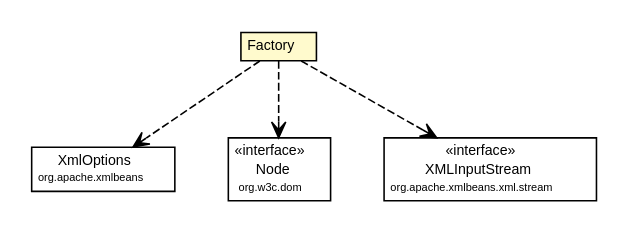
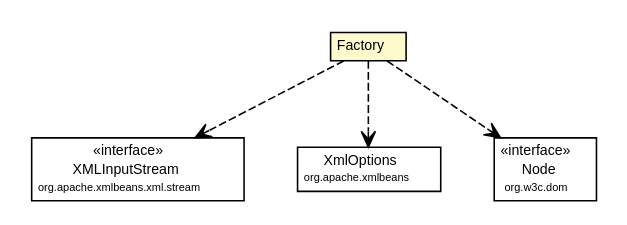
The diagram in site/apidocs/org/synchronoss/cpo/util/cpoUtilConfig/CtProtectedClasses.Factory.dot (synchronoss/cpo-util), drawn with Graphviz before and after one commit. The commit also changed 233 other files, not shown here.

Commit message:
Creating site for cpoUtil, 5.2.1-SNAPSHOT

```diff
--- a/site/apidocs/org/synchronoss/cpo/util/cpoUtilConfig/CtProtectedClasses.Factory.dot
+++ b/site/apidocs/org/synchronoss/cpo/util/cpoUtilConfig/CtProtectedClasses.Factory.dot
@@ -1,47 +1,47 @@
 #!/usr/local/bin/dot
 #
 # Class diagram 
 # Generated by UMLGraph version 5.1 (http://www.umlgraph.org/)
 #
 
 digraph G {
 	edge [fontname="Helvetica",fontsize=10,labelfontname="Helvetica",labelfontsize=10];
 	node [fontname="Helvetica",fontsize=10,shape=plaintext];
 	nodesep=0.25;
 	ranksep=0.5;
 	// org.synchronoss.cpo.util.cpoUtilConfig.CtProtectedClasses.Factory
 	c4848 [label=<<table title="org.synchronoss.cpo.util.cpoUtilConfig.CtProtectedClasses.Factory" border="0" cellborder="1" cellspacing="0" cellpadding="2" port="p" bgcolor="lemonChiffon" href="./CtProtectedClasses.Factory.html">
 		<tr><td><table border="0" cellspacing="0" cellpadding="1">
 <tr><td align="center" balign="center"> Factory </td></tr>
 		</table></td></tr>
 		</table>>, fontname="Helvetica", fontcolor="black", fontsize=9.0];
+	// org.synchronoss.cpo.util.cpoUtilConfig.CtProtectedClasses.Factory DEPEND org.apache.xmlbeans.xml.stream.XMLInputStream
+	c4848:p -> c4863:p [taillabel="", label="", headlabel="", fontname="Helvetica", fontcolor="black", fontsize=10.0, color="black", arrowhead=open, style=dashed];
 	// org.synchronoss.cpo.util.cpoUtilConfig.CtProtectedClasses.Factory DEPEND org.apache.xmlbeans.XmlOptions
-	c4848:p -> c4863:p [taillabel="", label="", headlabel="", fontname="Helvetica", fontcolor="black", fontsize=10.0, color="black", arrowhead=open, style=dashed];
+	c4848:p -> c4864:p [taillabel="", label="", headlabel="", fontname="Helvetica", fontcolor="black", fontsize=10.0, color="black", arrowhead=open, style=dashed];
 	// org.synchronoss.cpo.util.cpoUtilConfig.CtProtectedClasses.Factory DEPEND org.w3c.dom.Node
-	c4848:p -> c4864:p [taillabel="", label="", headlabel="", fontname="Helvetica", fontcolor="black", fontsize=10.0, color="black", arrowhead=open, style=dashed];
-	// org.synchronoss.cpo.util.cpoUtilConfig.CtProtectedClasses.Factory DEPEND org.apache.xmlbeans.xml.stream.XMLInputStream
 	c4848:p -> c4865:p [taillabel="", label="", headlabel="", fontname="Helvetica", fontcolor="black", fontsize=10.0, color="black", arrowhead=open, style=dashed];
 	// org.apache.xmlbeans.xml.stream.XMLInputStream
-	c4865 [label=<<table title="org.apache.xmlbeans.xml.stream.XMLInputStream" border="0" cellborder="1" cellspacing="0" cellpadding="2" port="p" href="http://java.sun.com/j2se/1.4.2/docs/api/org/apache/xmlbeans/xml/stream/XMLInputStream.html">
+	c4863 [label=<<table title="org.apache.xmlbeans.xml.stream.XMLInputStream" border="0" cellborder="1" cellspacing="0" cellpadding="2" port="p" href="http://java.sun.com/j2se/1.4.2/docs/api/org/apache/xmlbeans/xml/stream/XMLInputStream.html">
 		<tr><td><table border="0" cellspacing="0" cellpadding="1">
 <tr><td align="center" balign="center"> &#171;interface&#187; </td></tr>
 <tr><td align="center" balign="center"> XMLInputStream </td></tr>
 <tr><td align="center" balign="center"><font point-size="7.0"> org.apache.xmlbeans.xml.stream </font></td></tr>
 		</table></td></tr>
 		</table>>, fontname="Helvetica", fontcolor="black", fontsize=9.0];
 	// org.w3c.dom.Node
-	c4864 [label=<<table title="org.w3c.dom.Node" border="0" cellborder="1" cellspacing="0" cellpadding="2" port="p" href="http://java.sun.com/j2se/1.4.2/docs/api/org/w3c/dom/Node.html">
+	c4865 [label=<<table title="org.w3c.dom.Node" border="0" cellborder="1" cellspacing="0" cellpadding="2" port="p" href="http://java.sun.com/j2se/1.4.2/docs/api/org/w3c/dom/Node.html">
 		<tr><td><table border="0" cellspacing="0" cellpadding="1">
 <tr><td align="center" balign="center"> &#171;interface&#187; </td></tr>
 <tr><td align="center" balign="center"> Node </td></tr>
 <tr><td align="center" balign="center"><font point-size="7.0"> org.w3c.dom </font></td></tr>
 		</table></td></tr>
 		</table>>, fontname="Helvetica", fontcolor="black", fontsize=9.0];
 	// org.apache.xmlbeans.XmlOptions
-	c4863 [label=<<table title="org.apache.xmlbeans.XmlOptions" border="0" cellborder="1" cellspacing="0" cellpadding="2" port="p" href="http://java.sun.com/j2se/1.4.2/docs/api/org/apache/xmlbeans/XmlOptions.html">
+	c4864 [label=<<table title="org.apache.xmlbeans.XmlOptions" border="0" cellborder="1" cellspacing="0" cellpadding="2" port="p" href="http://java.sun.com/j2se/1.4.2/docs/api/org/apache/xmlbeans/XmlOptions.html">
 		<tr><td><table border="0" cellspacing="0" cellpadding="1">
 <tr><td align="center" balign="center"> XmlOptions </td></tr>
 <tr><td align="center" balign="center"><font point-size="7.0"> org.apache.xmlbeans </font></td></tr>
 		</table></td></tr>
 		</table>>, fontname="Helvetica", fontcolor="black", fontsize=9.0];
 }
```
